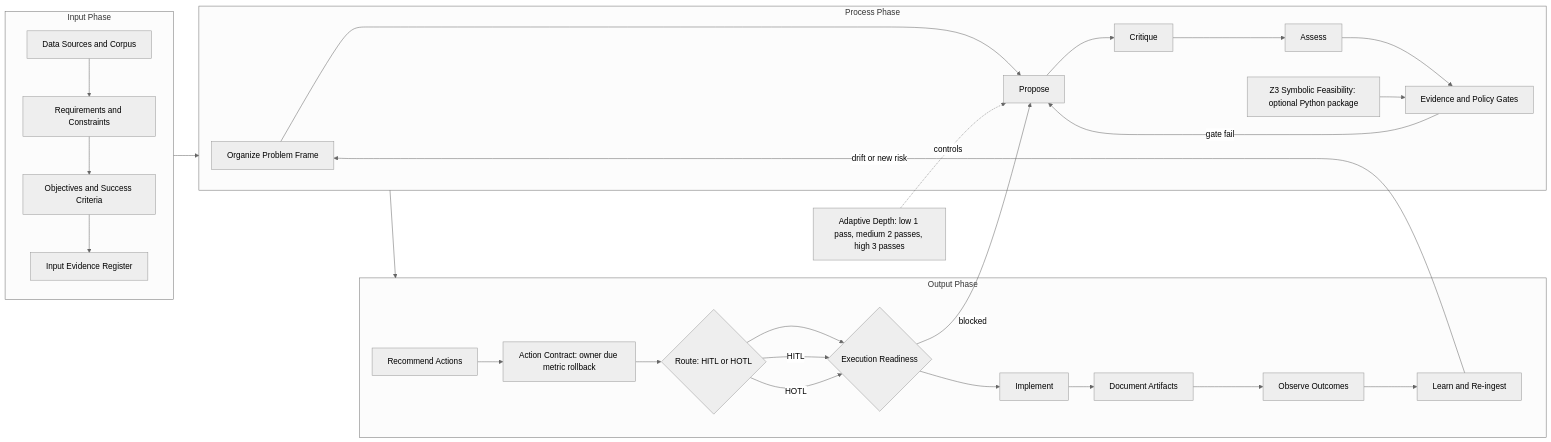
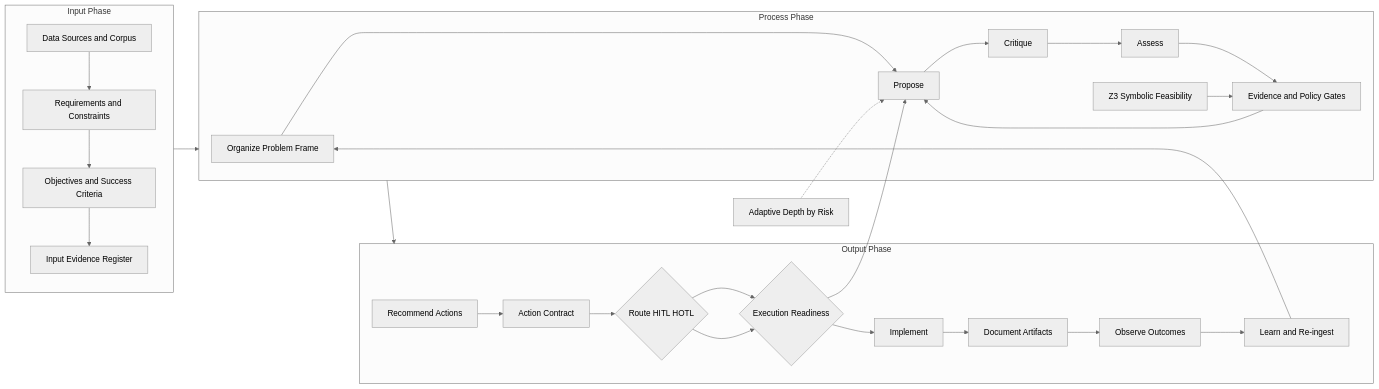
One commit to woonweipong-hub/PCA changed the diagram in docs/USE-CASES-PCA-Z3.md. Above: the diagram before and after it, drawn with Mermaid (neutral theme). The commit also changed 3 other files, not shown here.

Commit message:
docs: refine diagrams and add vscode cli guide

````diff
--- a/docs/USE-CASES-PCA-Z3.md
+++ b/docs/USE-CASES-PCA-Z3.md
@@ -29,43 +29,42 @@
 ```mermaid
 flowchart LR
 	subgraph IN[Input Phase]
 		I1[Data Sources and Corpus]
 		I2[Requirements and Constraints]
 		I3[Objectives and Success Criteria]
 		I4[Input Evidence Register]
 		I1 --> I2 --> I3 --> I4
 	end
 
 	subgraph PR[Process Phase]
 		P1[Organize Problem Frame]
 		P2[Propose]
 		P3[Critique]
 		P4[Assess]
 		P5[Evidence and Policy Gates]
-		P6["Z3 Symbolic Feasibility: optional Python package"]
+		P6[Z3 Symbolic Feasibility]
 		P1 --> P2 --> P3 --> P4 --> P5
 		P6 --> P5
 	end
 
 	subgraph OUT[Output Phase]
 		O1[Recommend Actions]
-		O2["Action Contract: owner due metric rollback"]
-		O3{"Route: HITL or HOTL"}
+		O2[Action Contract]
+		O3{Route HITL HOTL}
 		O4{Execution Readiness}
 		O5[Implement]
 		O6[Document Artifacts]
 		O7[Observe Outcomes]
 		O8[Learn and Re-ingest]
 		O1 --> O2 --> O3 --> O4 --> O5 --> O6 --> O7 --> O8
 	end
 
 	IN --> PR --> OUT
-	P5 -- gate fail --> P2
-	O3 -- HITL --> O4
-	O3 -- HOTL --> O4
-	O4 -- blocked --> P2
-	O8 -- drift or new risk --> P1
+	P5 --> P2
+	O3 --> O4
+	O4 --> P2
+	O8 --> P1
 
-	AD["Adaptive Depth: low 1 pass, medium 2 passes, high 3 passes"]
-	AD -. controls .-> P2
+	AD[Adaptive Depth by Risk]
+	AD -.-> P2
 ```
````
